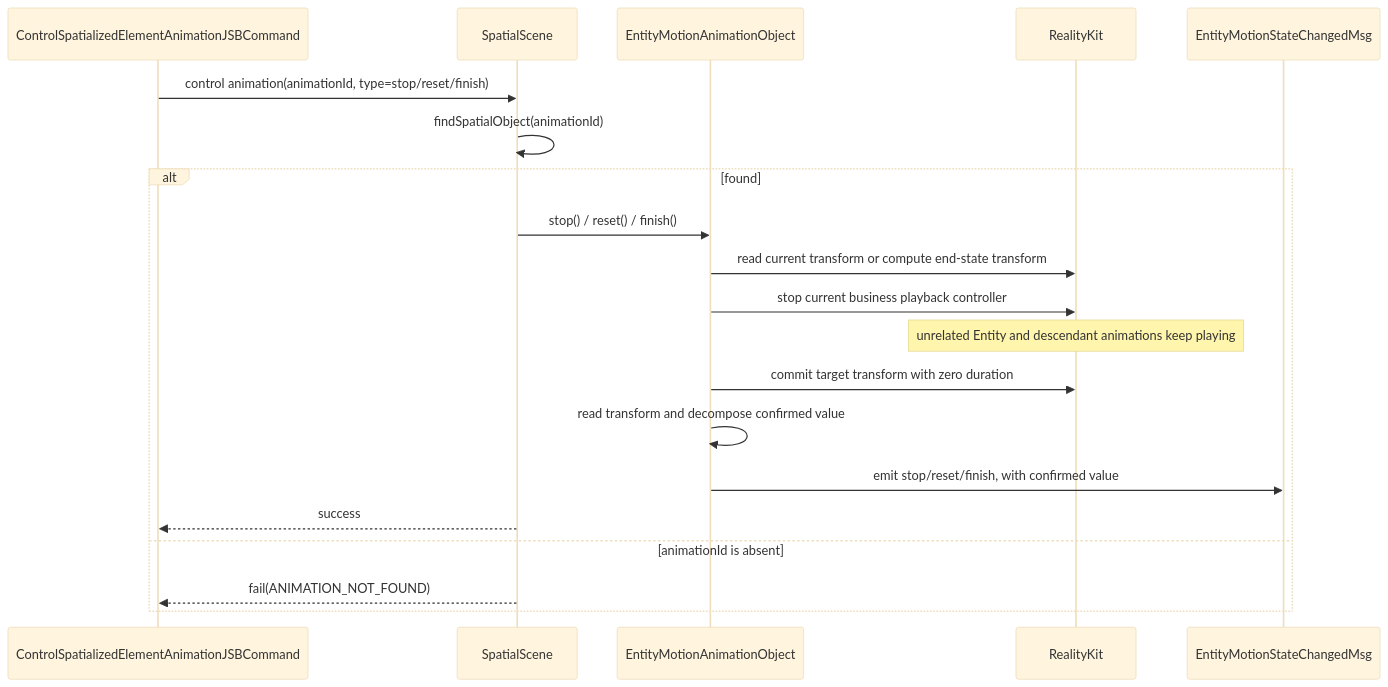
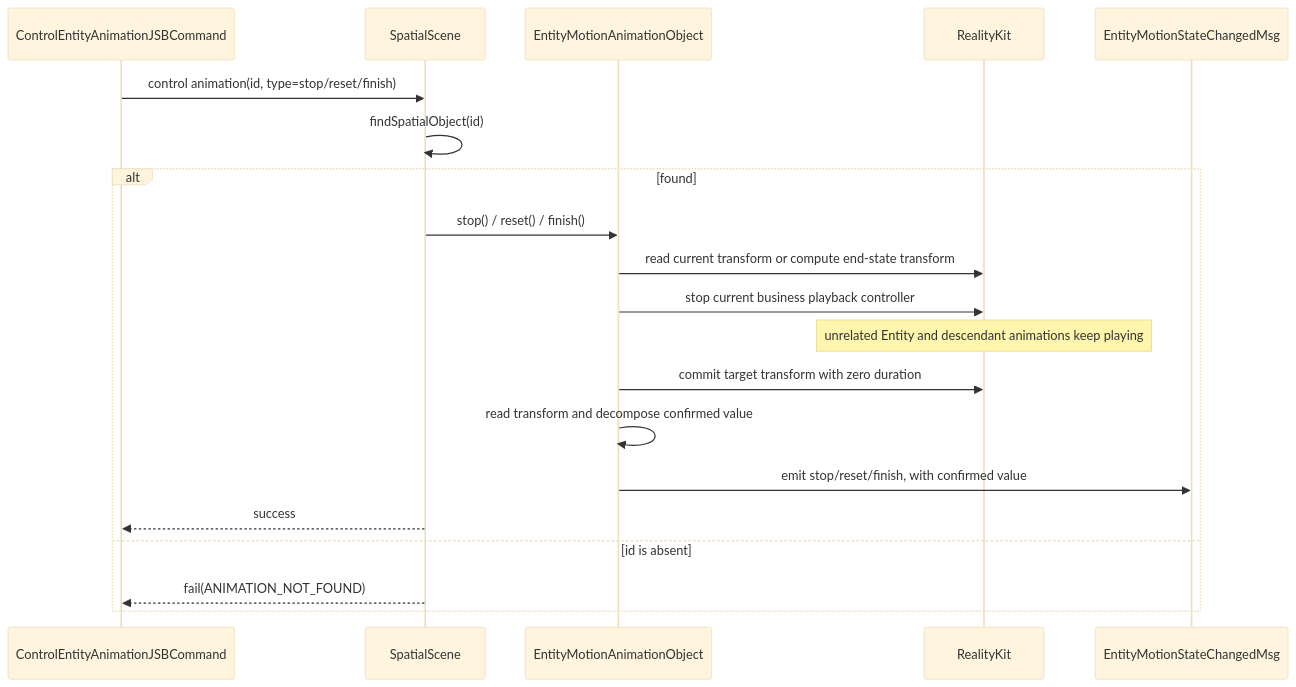
Diagram 13 of 14 in openspec/changes/redesign-entity-motion-api/design.md (webspatial/webspatial-sdk), drawn with Mermaid (base theme) before and after one commit. The commit also changed other lines of this file and 7 other files, not shown here.

````diff
--- a/openspec/changes/redesign-entity-motion-api/design.md
+++ b/openspec/changes/redesign-entity-motion-api/design.md
@@ -1153,23 +1229,23 @@
 ```mermaid
 sequenceDiagram
-    participant JSB as ControlSpatializedElementAnimationJSBCommand
+    participant JSB as ControlEntityAnimationJSBCommand
     participant Scene as SpatialScene
     participant Obj as EntityMotionAnimationObject
     participant RK as RealityKit
     participant Event as EntityMotionStateChangedMsg
 
-    JSB->>Scene: control animation(animationId, type=stop/reset/finish)
-    Scene->>Scene: findSpatialObject(animationId)
+    JSB->>Scene: control animation(id, type=stop/reset/finish)
+    Scene->>Scene: findSpatialObject(id)
     alt found
         Scene->>Obj: stop() / reset() / finish()
         Obj->>RK: read current transform or compute end-state transform
         Obj->>RK: stop current business playback controller
         Note over RK: unrelated Entity and descendant animations keep playing
         Obj->>RK: commit target transform with zero duration
         Obj->>Obj: read transform and decompose confirmed value
         Obj->>Event: emit stop/reset/finish, with confirmed value
         Scene-->>JSB: success
-    else animationId is absent
+    else id is absent
         Scene-->>JSB: fail(ANIMATION_NOT_FOUND)
     end
 ```
````
